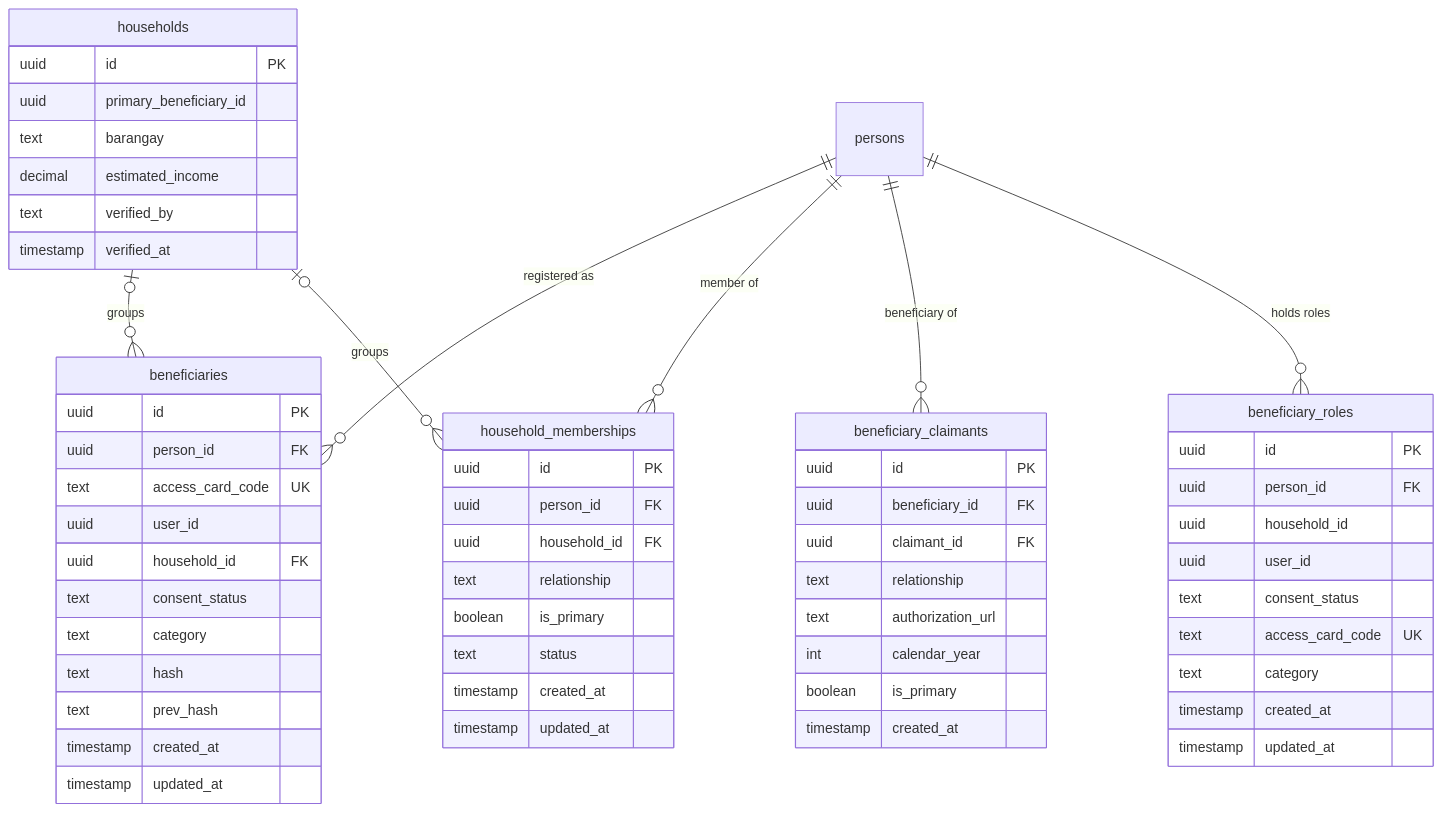
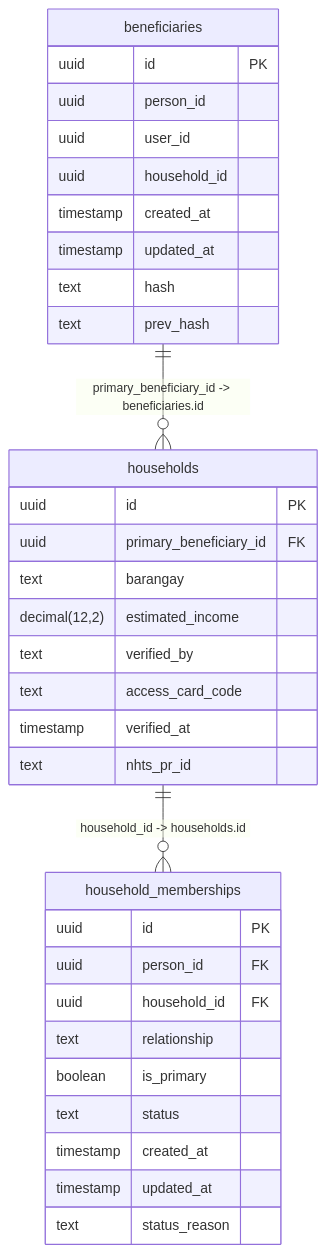
The second of 10 diagrams in docs/diagrams/06-erd.md (urlsalimbot/THESIS1-KAPWA), drawn with Mermaid before and after one commit. The commit also changed other lines of this file, not shown here.

First line of the commit message:
docs(erd): physical data model in Oracle Data Modeler notation

````diff
--- a/docs/diagrams/06-erd.md
+++ b/docs/diagrams/06-erd.md
@@ -78,61 +419,39 @@
 ```mermaid
 erDiagram
-    beneficiaries {
+    "households" {
         uuid id PK
-        uuid person_id FK
-        text access_card_code UK
+        uuid primary_beneficiary_id FK
+        text barangay
+        decimal(12,2) estimated_income
+        text verified_by
+        text access_card_code
+        timestamp verified_at
+        text nhts_pr_id
+    }
+
+    "beneficiaries" {
+        uuid id PK
+        uuid person_id
         uuid user_id
-        uuid household_id FK
-        text consent_status
-        text category
+        uuid household_id
+        timestamp created_at
+        timestamp updated_at
         text hash
         text prev_hash
-        timestamp created_at
-        timestamp updated_at
     }
-    households {
-        uuid id PK
-        uuid primary_beneficiary_id
-        text barangay
-        decimal estimated_income
-        text verified_by
-        timestamp verified_at
-    }
-    household_memberships {
+
+    "household_memberships" {
         uuid id PK
         uuid person_id FK
         uuid household_id FK
         text relationship
         boolean is_primary
         text status
         timestamp created_at
         timestamp updated_at
+        text status_reason
     }
-    beneficiary_claimants {
-        uuid id PK
-        uuid beneficiary_id FK
-        uuid claimant_id FK
-        text relationship
-        text authorization_url
-        int calendar_year
-        boolean is_primary
-        timestamp created_at
-    }
-    beneficiary_roles {
-        uuid id PK
-        uuid person_id FK
-        uuid household_id
-        uuid user_id
-        text consent_status
-        text access_card_code UK
-        text category
-        timestamp created_at
-        timestamp updated_at
-    }
-    "persons" ||--o{ beneficiaries : "registered as"
-    "persons" ||--o{ household_memberships : "member of"
-    "persons" ||--o{ beneficiary_claimants : "beneficiary of"
-    "persons" ||--o{ beneficiary_roles : "holds roles"
-    households o|--o{ beneficiaries : "groups"
-    households o|--o{ household_memberships : "groups"
+
+    "households" ||--o{ "household_memberships" : "household_id -> households.id"
+    "beneficiaries" ||--o{ "households" : "primary_beneficiary_id -> beneficiaries.id"
 ```
````
